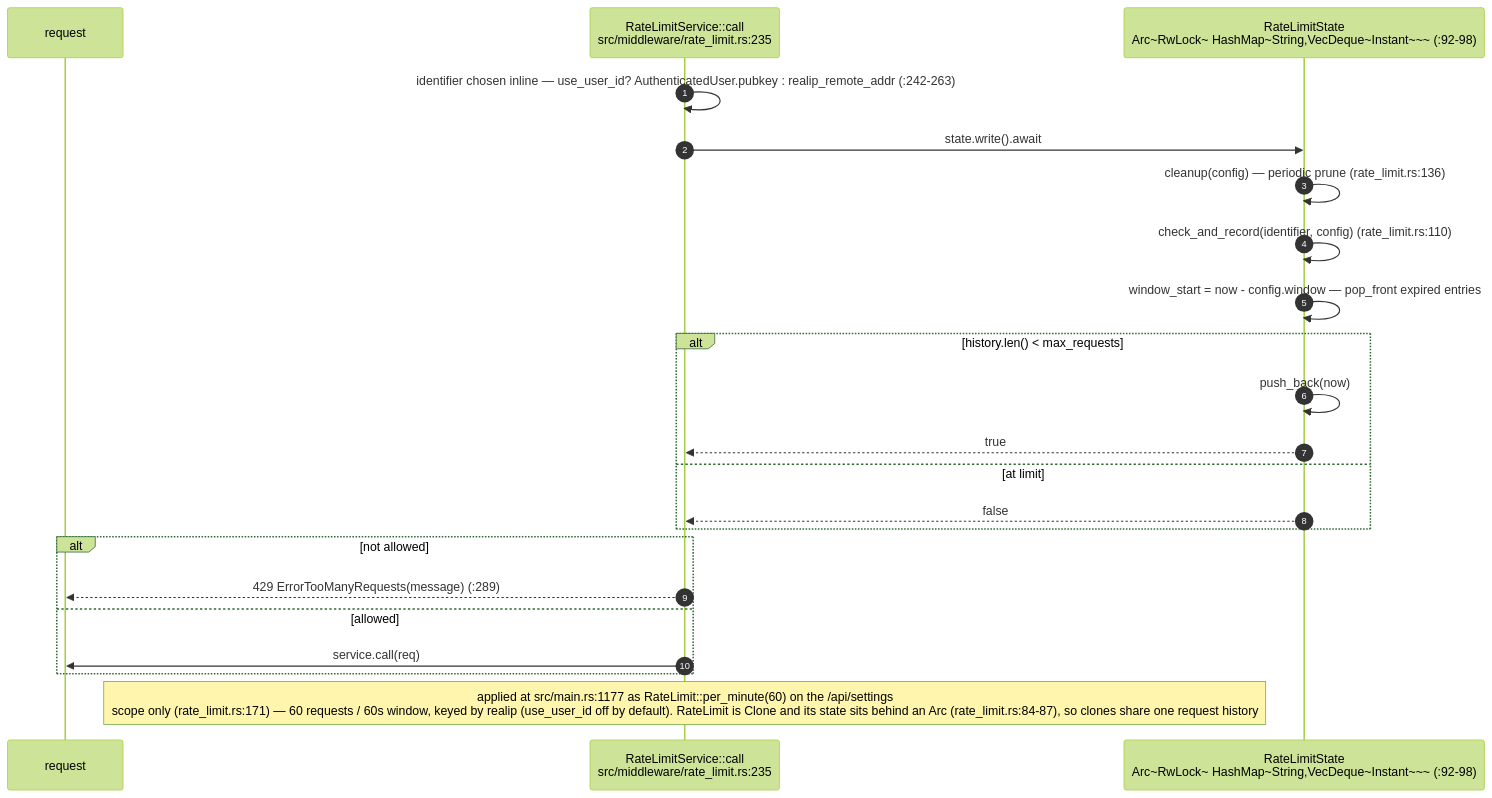
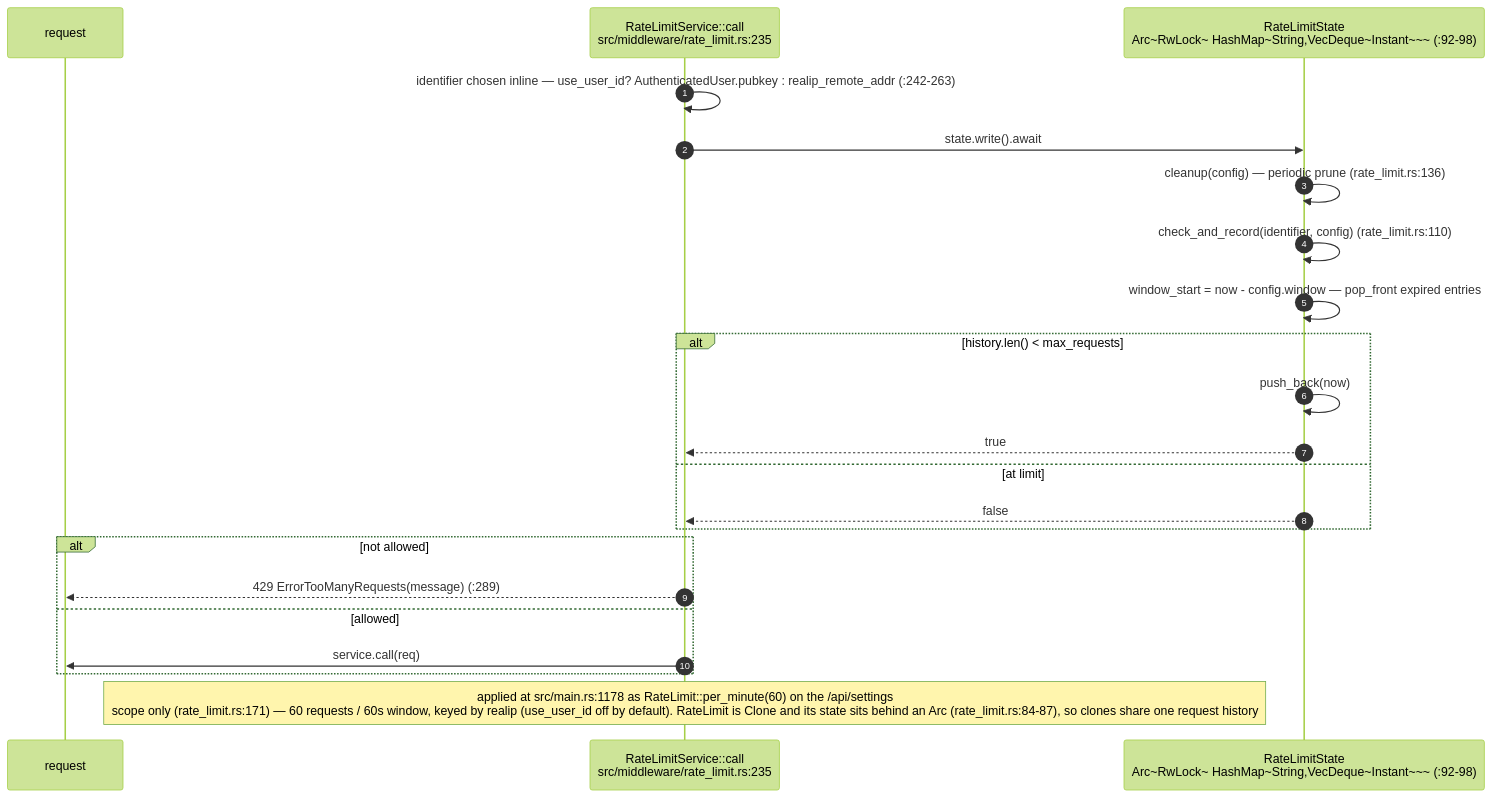
One commit to DreamLab-AI/VisionFlow changed diagram 11 of 15 in docs/diagrams/visionclaw/03-request-lifecycle-and-rbac.md. Above: the diagram before and after it, drawn with Mermaid (forest theme). The commit also changed other lines of this file and 154 other files, not shown here.

First line of the commit message:
docs(diagrams): re-stamp 154 topics whose every citation still reads the same text at the current heads

````diff
--- a/docs/diagrams/visionclaw/03-request-lifecycle-and-rbac.md
+++ b/docs/diagrams/visionclaw/03-request-lifecycle-and-rbac.md
@@ -541,25 +541,25 @@
 ```mermaid
 sequenceDiagram
     autonumber
     participant R as request
     participant RL as RateLimitService::call<br/>src/middleware/rate_limit.rs:235
     participant ST as RateLimitState<br/>Arc~RwLock~ HashMap~String,VecDeque~Instant~~~ (:92-98)
 
     RL->>RL: identifier chosen inline — use_user_id? AuthenticatedUser.pubkey : realip_remote_addr (:242-263)
     RL->>ST: state.write().await
     ST->>ST: cleanup(config) — periodic prune (rate_limit.rs:136)
     ST->>ST: check_and_record(identifier, config) (rate_limit.rs:110)
     ST->>ST: window_start = now - config.window — pop_front expired entries
     alt history.len() < max_requests
         ST->>ST: push_back(now)
         ST-->>RL: true
     else at limit
         ST-->>RL: false
     end
     alt not allowed
         RL-->>R: 429 ErrorTooManyRequests(message) (:289)
     else allowed
         RL->>R: service.call(req)
     end
-    Note over RL: applied at src/main.rs:1177 as RateLimit::per_minute(60) on the /api/settings<br/>scope only (rate_limit.rs:171) — 60 requests / 60s window, keyed by realip (use_user_id off by default). RateLimit is Clone and its state sits behind an Arc (rate_limit.rs:84-87), so clones share one request history
+    Note over RL: applied at src/main.rs:1178 as RateLimit::per_minute(60) on the /api/settings<br/>scope only (rate_limit.rs:171) — 60 requests / 60s window, keyed by realip (use_user_id off by default). RateLimit is Clone and its state sits behind an Arc (rate_limit.rs:84-87), so clones share one request history
 ```
````
